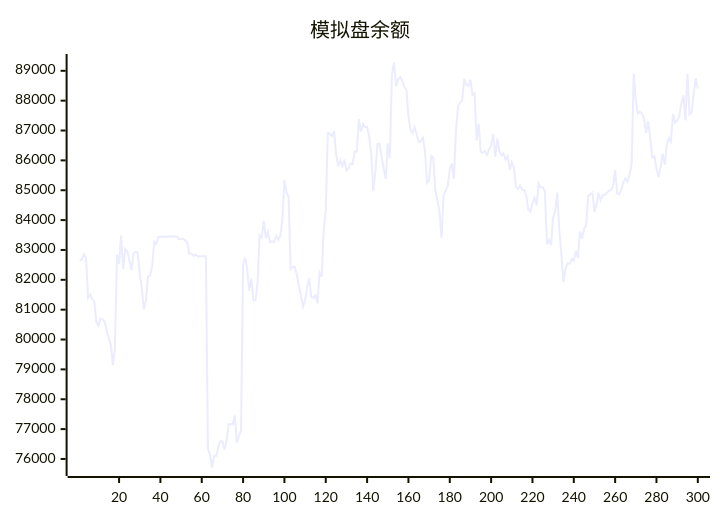
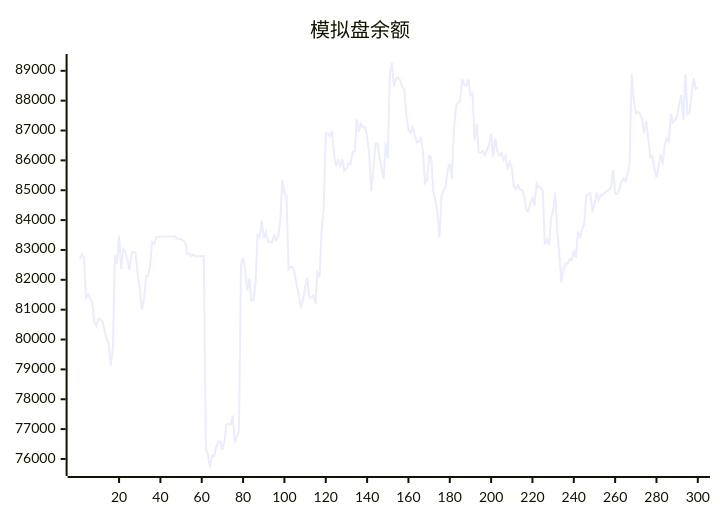
The diagram in README.md (aahl/ai-trading), drawn with Mermaid before and after one commit. The commit also changed other lines of this file and 1 other file, not shown here.

````diff
--- a/README.md
+++ b/README.md
@@ -5,5 +5,5 @@
 ```mermaid
 xychart
     title "模拟盘余额"
-    line [82642,82682,82858,82746,81396,81512,81362,81277,80600,80461,80699,80673,80616,80288,80038,79836,79142,79722,82837,82533,83480,82366,83032,82960,82654,82330,82883,82934,82901,82188,81728,81005,81298,82110,82135,82449,83264,83203,83440,83439,83440,83440,83446,83447,83448,83447,83448,83449,83369,83369,83369,83313,83256,82872,82873,82801,82844,82785,82791,82791,82793,82794,76339,76145,75714,76110,76096,76397,76594,76585,76310,76607,77160,77170,77160,77456,76541,76774,76927,82520,82744,82337,81639,82040,81307,81314,81887,83490,83414,83984,83396,83594,83261,83287,83253,83470,83327,83465,83987,85348,84930,84786,82355,82433,82438,82167,81795,81466,81105,81315,81756,82064,81426,81398,81481,81210,82242,82099,83658,84359,86925,86892,86814,86980,86203,85802,86003,85811,86028,85657,85721,85896,85880,86300,86299,87378,86965,87214,87115,87118,86780,86238,84966,85623,86555,86562,86129,85722,85387,86569,86070,88870,89278,88477,88720,88781,88668,88467,88372,87493,87018,86917,87102,86870,86613,86644,86758,86317,85242,85334,86149,86106,84968,84671,84302,83410,84816,85001,85127,85693,85891,85384,87001,87811,87945,88007,88734,88528,88495,88705,88189,88248,86662,87234,86279,86251,86314,86177,86364,86503,86886,86114,86731,86310,86176,86240,86017,86136,85685,85938,85749,85111,85044,85164,85016,85008,84824,84354,84287,84572,84745,84500,85234,85096,85095,84970,83180,83338,83157,84070,84309,84922,83667,82850,81924,82369,82552,82539,82695,82648,82962,82728,83619,83378,83710,83825,84819,84854,84917,84265,84527,84919,84668,84834,84850,84916,84981,85004,85131,85674,84891,84864,85019,85284,85393,85294,85538,85894,88904,88012,87567,87625,87568,87386,86920,87313,86737,86094,86143,85725,85437,85787,86219,85859,86526,86740,86630,87563,87264,87335,87483,87886,88180,87335,88894,87544,87608,88207,88755,88401]
+    line [82682,82858,82746,81396,81512,81362,81277,80600,80461,80699,80673,80616,80288,80038,79836,79142,79722,82837,82533,83480,82366,83032,82960,82654,82330,82883,82934,82901,82188,81728,81005,81298,82110,82135,82449,83264,83203,83440,83439,83440,83440,83446,83447,83448,83447,83448,83449,83369,83369,83369,83313,83256,82872,82873,82801,82844,82785,82791,82791,82793,82794,76339,76145,75714,76110,76096,76397,76594,76585,76310,76607,77160,77170,77160,77456,76541,76774,76927,82520,82744,82337,81639,82040,81307,81314,81887,83490,83414,83984,83396,83594,83261,83287,83253,83470,83327,83465,83987,85348,84930,84786,82355,82433,82438,82167,81795,81466,81105,81315,81756,82064,81426,81398,81481,81210,82242,82099,83658,84359,86925,86892,86814,86980,86203,85802,86003,85811,86028,85657,85721,85896,85880,86300,86299,87378,86965,87214,87115,87118,86780,86238,84966,85623,86555,86562,86129,85722,85387,86569,86070,88870,89278,88477,88720,88781,88668,88467,88372,87493,87018,86917,87102,86870,86613,86644,86758,86317,85242,85334,86149,86106,84968,84671,84302,83410,84816,85001,85127,85693,85891,85384,87001,87811,87945,88007,88734,88528,88495,88705,88189,88248,86662,87234,86279,86251,86314,86177,86364,86503,86886,86114,86731,86310,86176,86240,86017,86136,85685,85938,85749,85111,85044,85164,85016,85008,84824,84354,84287,84572,84745,84500,85234,85096,85095,84970,83180,83338,83157,84070,84309,84922,83667,82850,81924,82369,82552,82539,82695,82648,82962,82728,83619,83378,83710,83825,84819,84854,84917,84265,84527,84919,84668,84834,84850,84916,84981,85004,85131,85674,84891,84864,85019,85284,85393,85294,85538,85894,88904,88012,87567,87625,87568,87386,86920,87313,86737,86094,86143,85725,85437,85787,86219,85859,86526,86740,86630,87563,87264,87335,87483,87886,88180,87335,88894,87544,87608,88207,88755,88401,88444]
 ```
````
